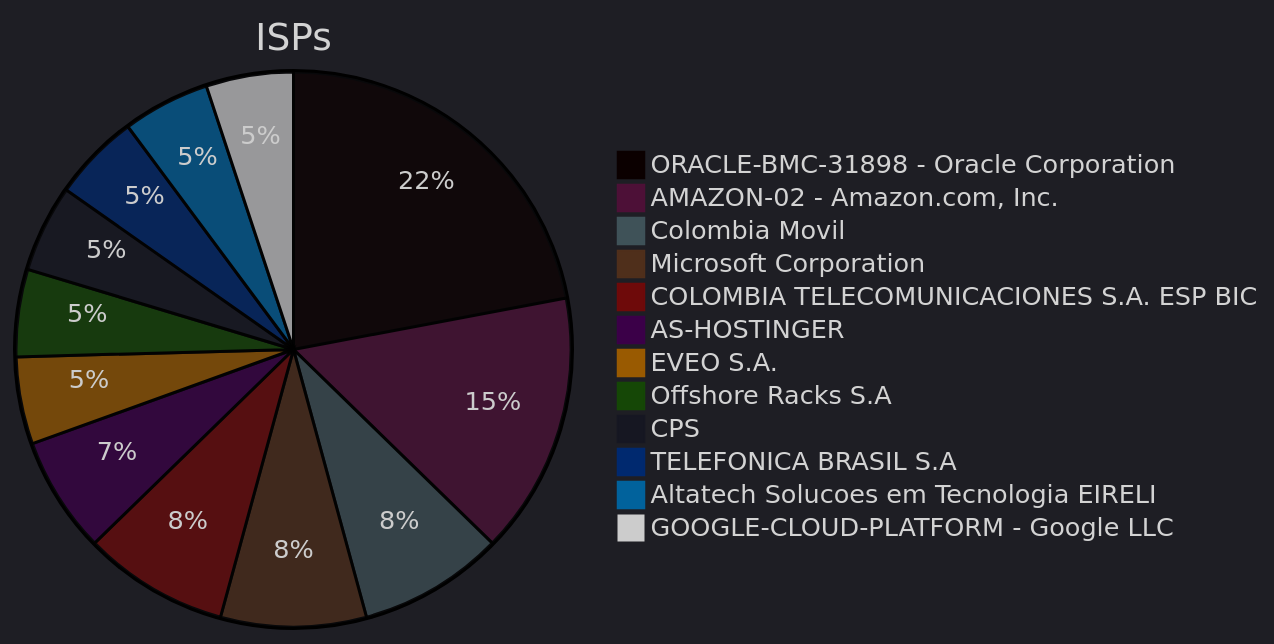
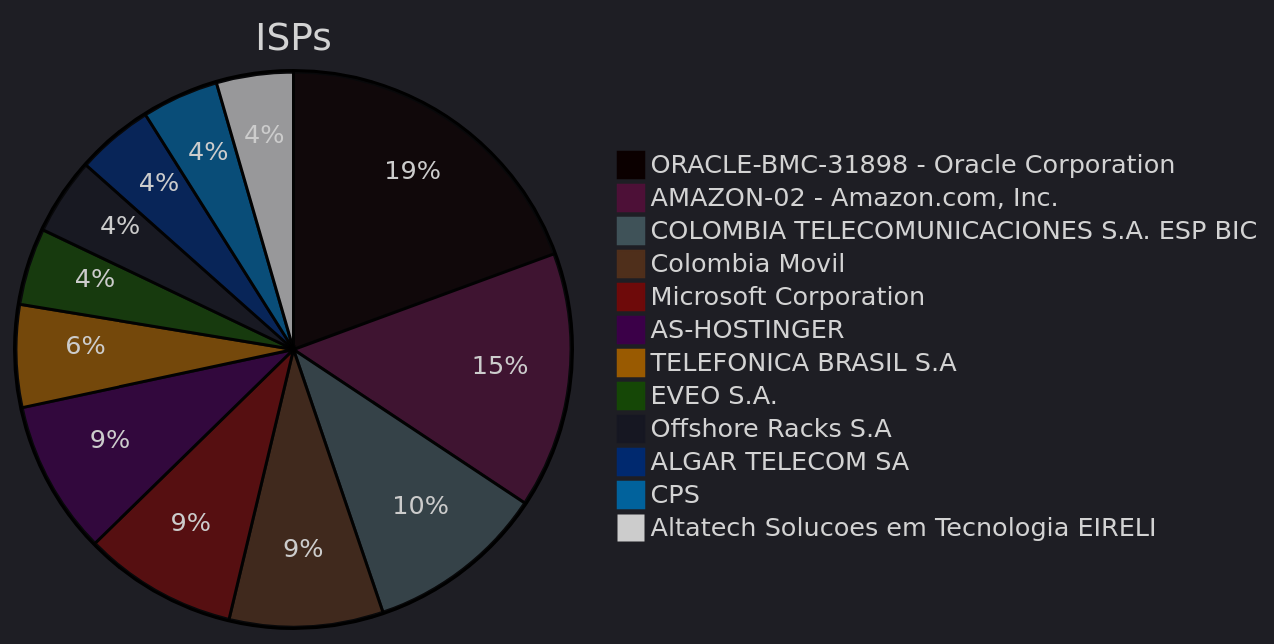
One commit to ZoqueLabs/website changed the fourth of 8 diagrams in zolim.md. Above: the diagram before and after it, drawn with Mermaid. The commit also changed other lines of this file, not shown here.

````diff
--- a/zolim.md
+++ b/zolim.md
@@ -93,19 +93,19 @@
 ```mermaid
 ---
 config:
   theme: dark
 ---
 pie title ISPs
   "ORACLE-BMC-31898 - Oracle Corporation" : 13
-  "AMAZON-02 - Amazon.com, Inc." : 9
-  "Colombia Movil" : 5
-  "Microsoft Corporation" : 5
-  "COLOMBIA TELECOMUNICACIONES S.A. ESP BIC" : 5
-  "AS-HOSTINGER" : 4
+  "AMAZON-02 - Amazon.com, Inc." : 10
+  "COLOMBIA TELECOMUNICACIONES S.A. ESP BIC" : 7
+  "Colombia Movil" : 6
+  "Microsoft Corporation" : 6
+  "AS-HOSTINGER" : 6
+  "TELEFONICA BRASIL S.A" : 4
   "EVEO S.A." : 3
   "Offshore Racks S.A" : 3
+  "ALGAR TELECOM SA" : 3
   "CPS" : 3
-  "TELEFONICA BRASIL S.A" : 3
   "Altatech Solucoes em Tecnologia EIRELI" : 3
-  "GOOGLE-CLOUD-PLATFORM - Google LLC" : 3
 ```
````
